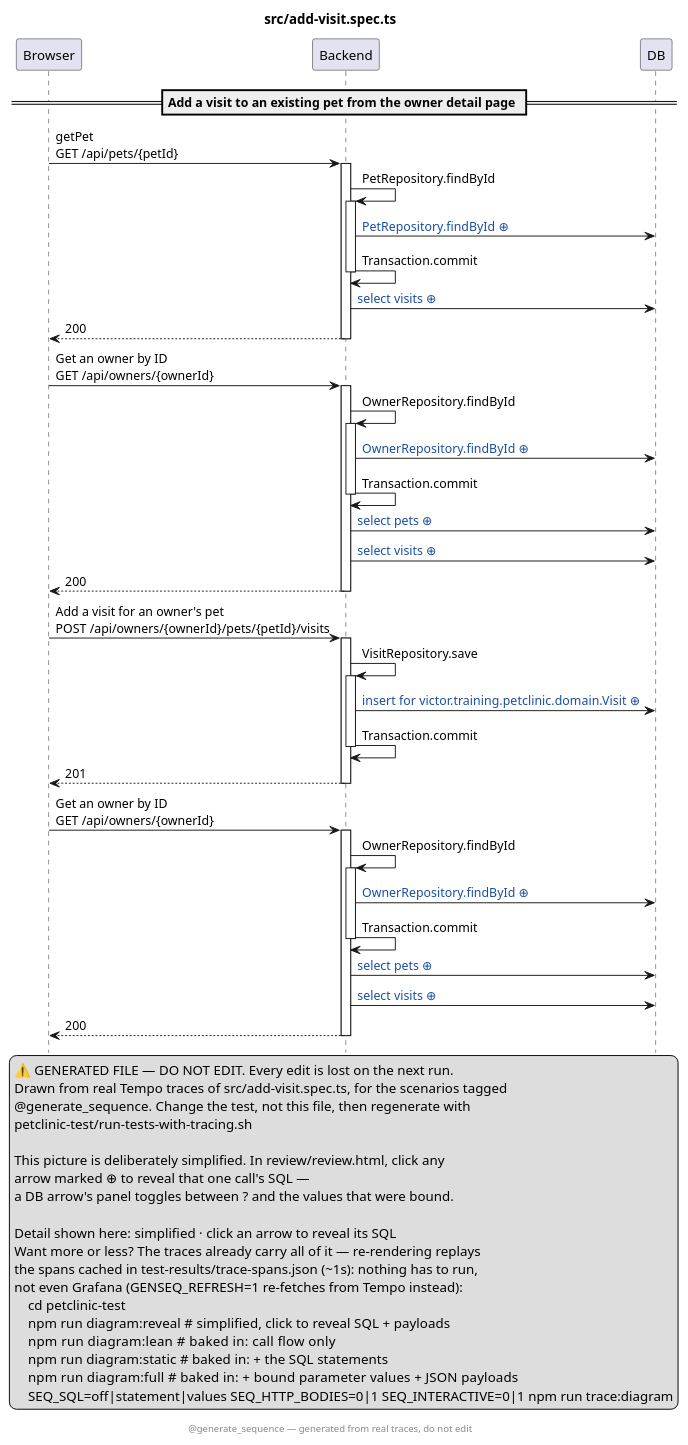
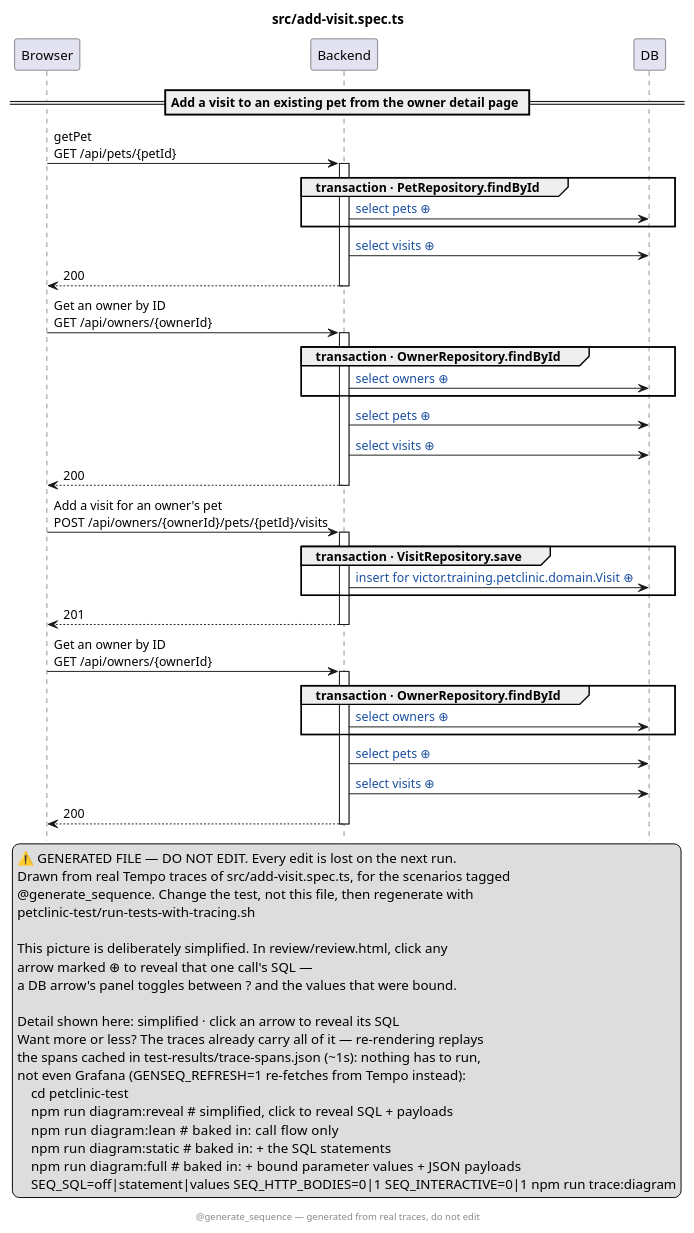
One commit to victorrentea/petclinic changed the diagram in petclinic-test/src/add-visit.spec.ts.genseq.puml. Above: the diagram before and after it, drawn with PlantUML. The commit also changed 3 other files, not shown here.

First line of the commit message:
docs(diagrams): regenerate from a traced run, for the renderer above

```diff
--- a/petclinic-test/src/add-visit.spec.ts.genseq.puml
+++ b/petclinic-test/src/add-visit.spec.ts.genseq.puml
@@ -1,74 +1,66 @@
 @startuml
 ' ⚠️  GENERATED FILE — DO NOT EDIT. Every edit is lost on the next run.
 hide footbox
 skinparam hyperlinkUnderline false
 skinparam hyperlinkColor #1A4FA0
 title src/add-visit.spec.ts
 legend right
   ⚠️  GENERATED FILE — DO NOT EDIT. Every edit is lost on the next run.
   Drawn from real Tempo traces of src/add-visit.spec.ts, for the scenarios tagged
   @generate_sequence. Change the test, not this file, then regenerate with
   petclinic-test/run-tests-with-tracing.sh
  
   This picture is deliberately simplified. In review/review.html, click any
   arrow marked ⊕ to reveal that one call's SQL —
   a DB arrow's panel toggles between ? and the values that were bound.
  
   Detail shown here: simplified · click an arrow to reveal its SQL
   Want more or less? The traces already carry all of it — re-rendering replays
   the spans cached in test-results/trace-spans.json (~1s): nothing has to run,
   not even Grafana (GENSEQ_REFRESH=1 re-fetches from Tempo instead):
       cd petclinic-test
       npm run diagram:reveal  # simplified, click to reveal SQL + payloads
       npm run diagram:lean    # baked in: call flow only
       npm run diagram:static  # baked in: + the SQL statements
       npm run diagram:full    # baked in: + bound parameter values + JSON payloads
       SEQ_SQL=off|statement|values SEQ_HTTP_BODIES=0|1 SEQ_INTERACTIVE=0|1 npm run trace:diagram
 end legend
 footer @generate_sequence — generated from real traces, do not edit
 participant Browser
 participant Backend
 participant DB
 == Add a visit to an existing pet from the owner detail page ==
 Browser -> Backend: getPet\nGET /api/pets/{petId}
 activate Backend
-Backend -> Backend: PetRepository.findById
-activate Backend
-Backend -> DB: [[genseq://1dvza26{Click for the statement behind this call} PetRepository.findById ⊕]]
-Backend -> Backend: Transaction.commit
-deactivate Backend
-Backend -> DB: [[genseq://10rnkt2{Click for the statement behind this call} select visits ⊕]]
+group transaction · PetRepository.findById
+Backend -> DB: [[genseq://0jw0huv{Click for the statement behind this call} select pets ⊕]]
+end
+Backend -> DB: [[genseq://1cdku0l{Click for the statement behind this call} select visits ⊕]]
 Backend --> Browser: 200
 deactivate Backend
 Browser -> Backend: Get an owner by ID\nGET /api/owners/{ownerId}
 activate Backend
-Backend -> Backend: OwnerRepository.findById
-activate Backend
-Backend -> DB: [[genseq://0stbfh4{Click for the statement behind this call} OwnerRepository.findById ⊕]]
-Backend -> Backend: Transaction.commit
-deactivate Backend
-Backend -> DB: [[genseq://030w0nk{Click for the statement behind this call} select pets ⊕]]
-Backend -> DB: [[genseq://10rnkt2{Click for the statement behind this call} select visits ⊕]]
+group transaction · OwnerRepository.findById
+Backend -> DB: [[genseq://0totfe9{Click for the statement behind this call} select owners ⊕]]
+end
+Backend -> DB: [[genseq://1hjadar{Click for the statement behind this call} select pets ⊕]]
+Backend -> DB: [[genseq://1cdku0l{Click for the statement behind this call} select visits ⊕]]
 Backend --> Browser: 200
 deactivate Backend
 Browser -> Backend: Add a visit for an owner's pet\nPOST /api/owners/{ownerId}/pets/{petId}/visits
 activate Backend
-Backend -> Backend: VisitRepository.save
-activate Backend
-Backend -> DB: [[genseq://0xk196o{Click for the statement behind this call} insert for victor.training.petclinic.domain.Visit ⊕]]
-Backend -> Backend: Transaction.commit
-deactivate Backend
+group transaction · VisitRepository.save
+Backend -> DB: [[genseq://088i0vt{Click for the statement behind this call} insert for victor.training.petclinic.domain.Visit ⊕]]
+end
 Backend --> Browser: 201
 deactivate Backend
 Browser -> Backend: Get an owner by ID\nGET /api/owners/{ownerId}
 activate Backend
-Backend -> Backend: OwnerRepository.findById
-activate Backend
-Backend -> DB: [[genseq://0stbfh4{Click for the statement behind this call} OwnerRepository.findById ⊕]]
-Backend -> Backend: Transaction.commit
-deactivate Backend
-Backend -> DB: [[genseq://030w0nk{Click for the statement behind this call} select pets ⊕]]
-Backend -> DB: [[genseq://10rnkt2{Click for the statement behind this call} select visits ⊕]]
+group transaction · OwnerRepository.findById
+Backend -> DB: [[genseq://0totfe9{Click for the statement behind this call} select owners ⊕]]
+end
+Backend -> DB: [[genseq://1hjadar{Click for the statement behind this call} select pets ⊕]]
+Backend -> DB: [[genseq://1cdku0l{Click for the statement behind this call} select visits ⊕]]
 Backend --> Browser: 200
 deactivate Backend
 @enduml
```
